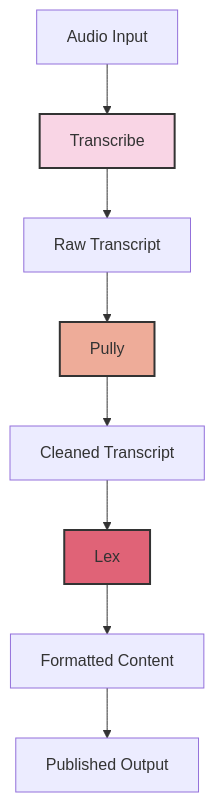
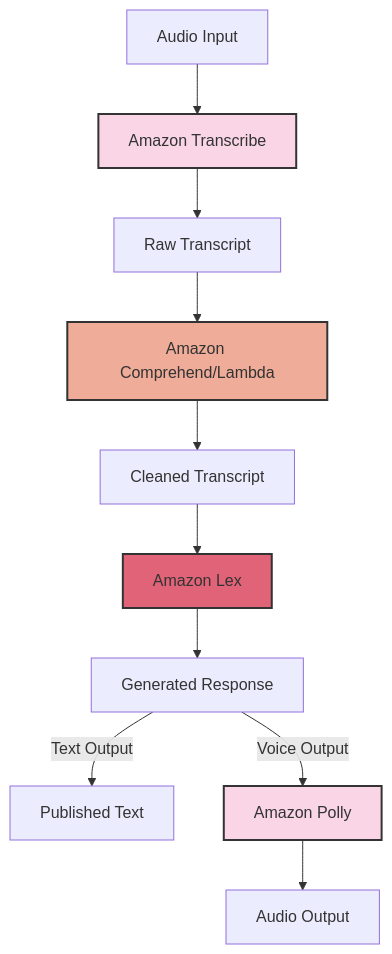
Before and after one commit to puglieseweb/puglieseweb.com: the second of 2 diagrams in software-development/aws/ai-analytics-big-data-ml/ai/transcribe-polly-lex.md, drawn with Mermaid.

Commit message:
GITBOOK-438: No subject

````diff
--- a/software-development/aws/ai-analytics-big-data-ml/ai/transcribe-polly-lex.md
+++ b/software-development/aws/ai-analytics-big-data-ml/ai/transcribe-polly-lex.md
@@ -129,14 +129,17 @@
 ```mermaid
 graph TD
-    A[Audio Input] --> B[Transcribe]
+    A[Audio Input] --> B[Amazon Transcribe]
     B --> C[Raw Transcript]
-    C --> D[Pully]
+    C --> D[Amazon Comprehend/Lambda]
     D --> E[Cleaned Transcript]
-    E --> F[Lex]
-    F --> G[Formatted Content]
-    G --> H[Published Output]
+    E --> F[Amazon Lex]
+    F --> G[Generated Response]
+    G --> |Text Output| H[Published Text]
+    G --> |Voice Output| I[Amazon Polly]
+    I --> J[Audio Output]
 
     style B fill:#f9d5e5,stroke:#333,stroke-width:2px
     style D fill:#eeac99,stroke:#333,stroke-width:2px
     style F fill:#e06377,stroke:#333,stroke-width:2px
+    style I fill:#f9d5e5,stroke:#333,stroke-width:2px
 ```
````
